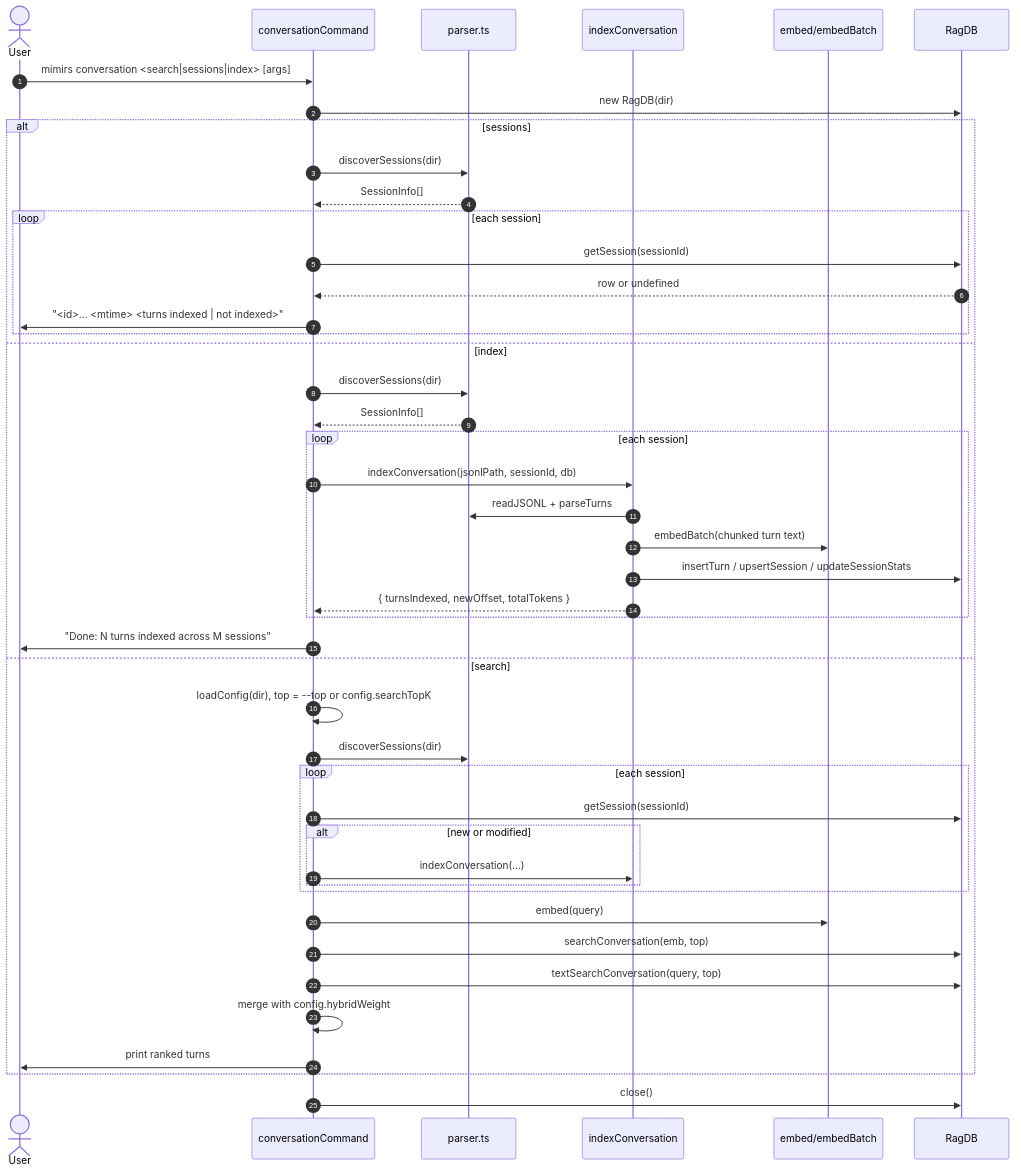
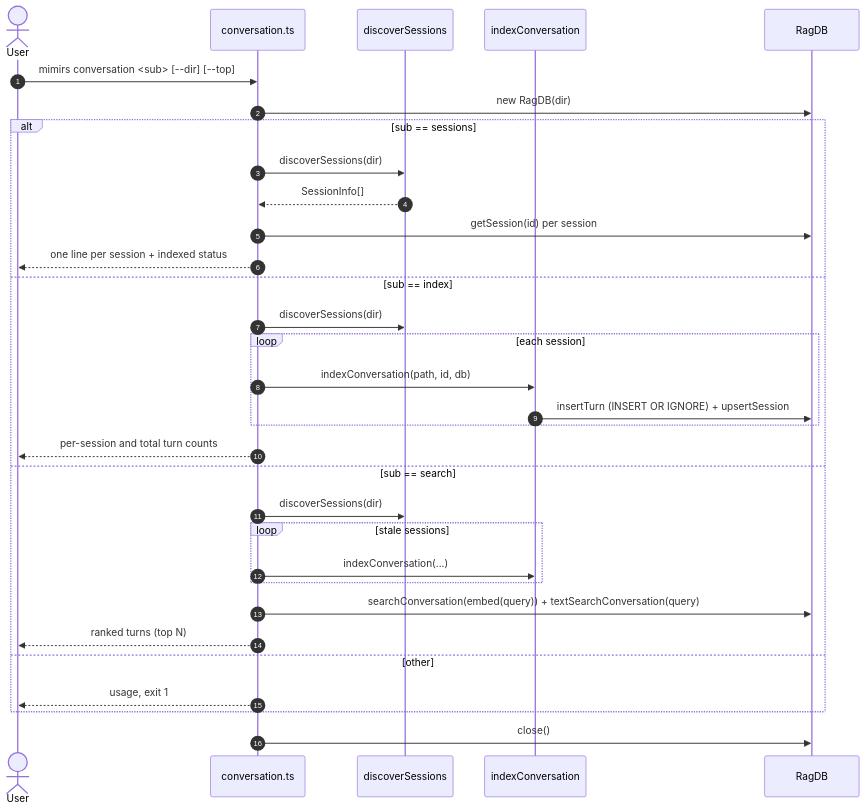
Before and after one commit to TheWinci/mimirs: the diagram in wiki/cli/conversation.md, drawn with Mermaid. The commit also changed other lines of this file and 52 other files, not shown here.

````diff
--- a/wiki/cli/conversation.md
+++ b/wiki/cli/conversation.md
@@ -19,47 +44,34 @@
 ```mermaid
 sequenceDiagram
     autonumber
     actor User
-    participant CLI as conversationCommand
-    participant Parser as parser.ts
+    participant CLI as conversation.ts
+    participant Parser as discoverSessions
     participant Indexer as indexConversation
-    participant Embed as embed/embedBatch
     participant DB as RagDB
-    User->>CLI: mimirs conversation <search|sessions|index> [args]
+    User->>CLI: mimirs conversation <sub> [--dir] [--top]
     CLI->>DB: new RagDB(dir)
-    alt sessions
+    alt sub == sessions
         CLI->>Parser: discoverSessions(dir)
         Parser-->>CLI: SessionInfo[]
-        loop each session
-            CLI->>DB: getSession(sessionId)
-            DB-->>CLI: row or undefined
-            CLI->>User: "<id>...  <mtime>  <turns indexed | not indexed>"
-        end
-    else index
-        CLI->>Parser: discoverSessions(dir)
-        Parser-->>CLI: SessionInfo[]
-        loop each session
-            CLI->>Indexer: indexConversation(jsonlPath, sessionId, db)
-            Indexer->>Parser: readJSONL + parseTurns
-            Indexer->>Embed: embedBatch(chunked turn text)
-            Indexer->>DB: insertTurn / upsertSession / updateSessionStats
-            Indexer-->>CLI: { turnsIndexed, newOffset, totalTokens }
-        end
-        CLI->>User: "Done: N turns indexed across M sessions"
-    else search
-        CLI->>CLI: loadConfig(dir), top = --top or config.searchTopK
+        CLI->>DB: getSession(id) per session
+        CLI-->>User: one line per session + indexed status
+    else sub == index
         CLI->>Parser: discoverSessions(dir)
         loop each session
-            CLI->>DB: getSession(sessionId)
-            alt new or modified
-                CLI->>Indexer: indexConversation(...)
-            end
+            CLI->>Indexer: indexConversation(path, id, db)
+            Indexer->>DB: insertTurn (INSERT OR IGNORE) + upsertSession
         end
-        CLI->>Embed: embed(query)
-        CLI->>DB: searchConversation(emb, top)
-        CLI->>DB: textSearchConversation(query, top)
-        CLI->>CLI: merge with config.hybridWeight
-        CLI->>User: print ranked turns
+        CLI-->>User: per-session and total turn counts
+    else sub == search
+        CLI->>Parser: discoverSessions(dir)
+        loop stale sessions
+            CLI->>Indexer: indexConversation(...)
+        end
+        CLI->>DB: searchConversation(embed(query)) + textSearchConversation(query)
+        CLI-->>User: ranked turns (top N)
+    else other
+        CLI-->>User: usage, exit 1
     end
     CLI->>DB: close()
 ```
````
